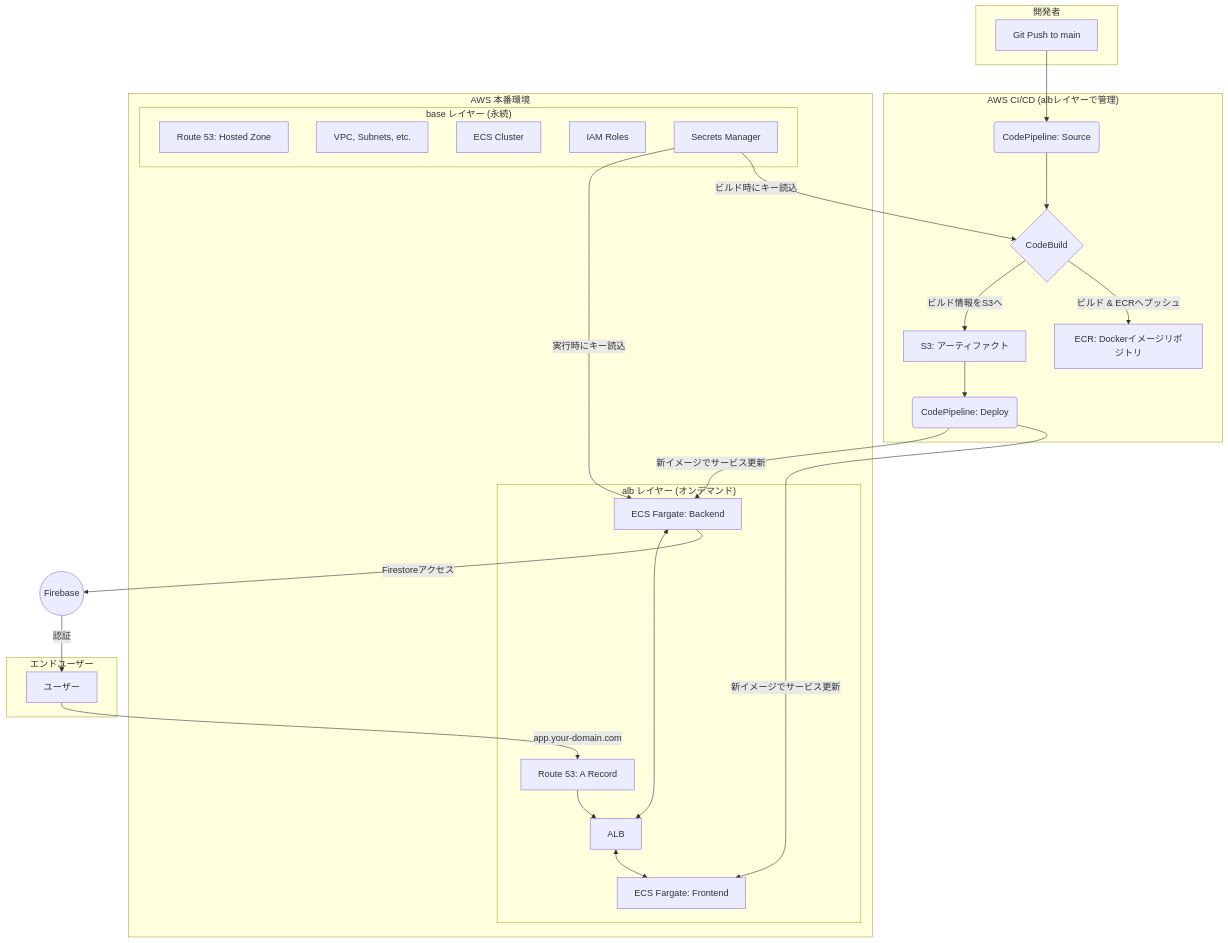
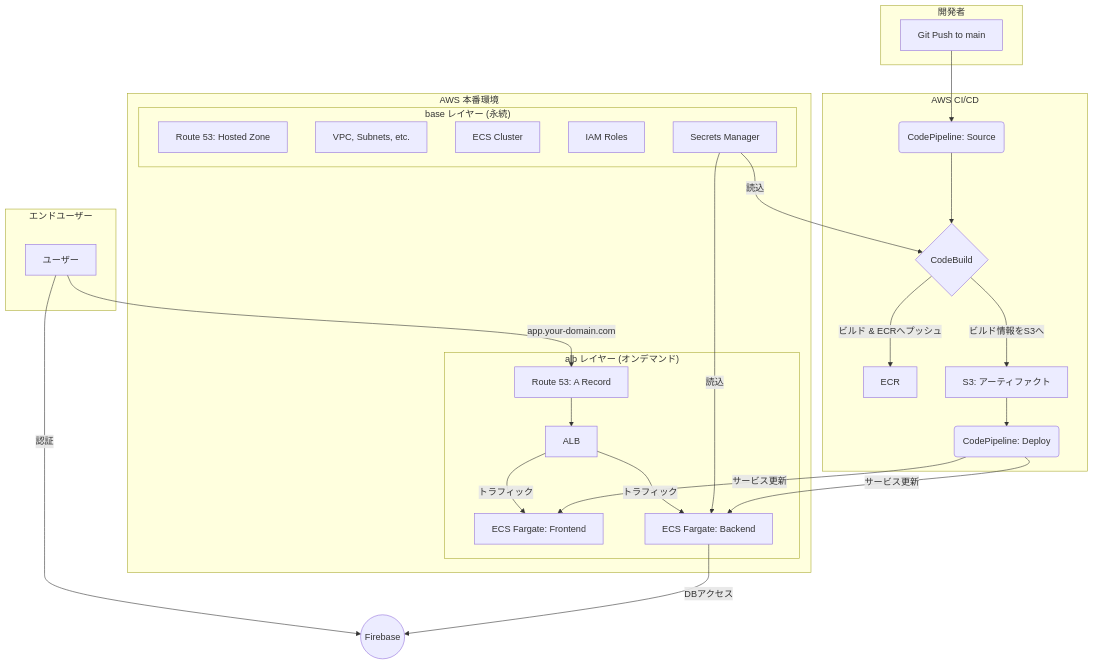
One commit to kaz-mathui/LifePlan changed the diagram in README.md. Above: the diagram before and after it, drawn with Mermaid. The commit also changed other lines of this file and 1 other file, not shown here.

````diff
--- a/README.md
+++ b/README.md
@@ -31,48 +23,43 @@
 ```mermaid
 graph TD
     subgraph "開発者"
         A[Git Push to main]
     end
 
-    subgraph "AWS CI/CD (albレイヤーで管理)"
+    subgraph "AWS CI/CD"
         A --> B(CodePipeline: Source)
         B --> C{CodeBuild}
-        C -- ビルド & ECRへプッシュ --> D[ECR: Dockerイメージリポジトリ]
+        C -- ビルド & ECRへプッシュ --> D[ECR]
         C -- ビルド情報をS3へ --> E[S3: アーティファクト]
         E --> F(CodePipeline: Deploy)
     end
 
     subgraph "AWS 本番環境"
         subgraph "base レイヤー (永続)"
             D
             J[Route 53: Hosted Zone]
             L[VPC, Subnets, etc.]
             M[ECS Cluster]
             N[IAM Roles]
             O[Secrets Manager]
         end
 
         subgraph "alb レイヤー (オンデマンド)"
             G[ALB]
             H[ECS Fargate: Frontend]
             I[ECS Fargate: Backend]
             K[Route 53: A Record]
-
-        F -- 新イメージでサービス更新 --> H
-        F -- 新イメージでサービス更新 --> I
         end
-
-        O -- ビルド時にキー読込 --> C
-        O -- 実行時にキー読込 --> I
+        F -- サービス更新 --> H & I
+        O -- 読込 --> C & I
     end
     
     subgraph "エンドユーザー"
         P[ユーザー]
     end
 
     P -- app.your-domain.com --> K --> G
-    G <--> H
-    G <--> I
-    I -- Firestoreアクセス --> Q((Firebase))
-    Q -- 認証 --> P
+    G -- トラフィック --> H & I
+    I -- DBアクセス --> Q((Firebase))
+    P -- 認証 --> Q
 ```
````
